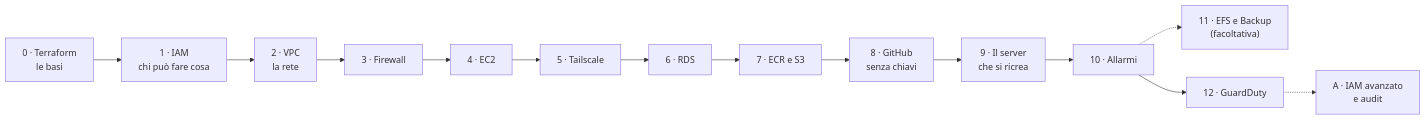
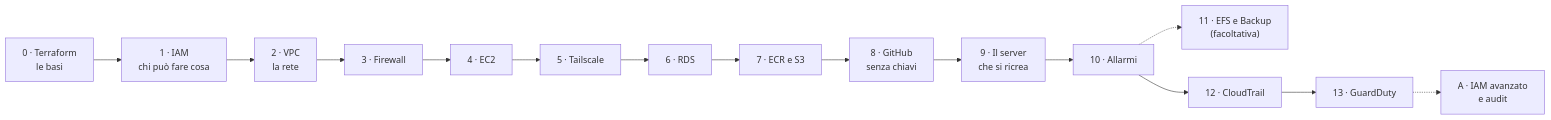
Before and after one commit to cereZ23/aws: the diagram in README.md, drawn with Mermaid. The commit also changed other lines of this file and 9 other files, not shown here.

Commit message:
Lezione 12: CloudTrail, chi ha fatto cosa; GuardDuty diventa la 13; appendice alleggerita

````diff
--- a/README.md
+++ b/README.md
@@ -20,16 +20,17 @@
 ```mermaid
 flowchart LR
     L0["0 · Terraform<br/>le basi"] --> L1["1 · IAM<br/>chi può fare cosa"]
     L1 --> L2["2 · VPC<br/>la rete"]
     L2 --> L3["3 · Firewall"]
     L3 --> L4["4 · EC2"]
     L4 --> L5["5 · Tailscale"]
     L5 --> L6["6 · RDS"]
     L6 --> L7["7 · ECR e S3"]
     L7 --> L8["8 · GitHub<br/>senza chiavi"]
     L8 --> L9["9 · Il server<br/>che si ricrea"]
     L9 --> L10["10 · Allarmi"]
     L10 -.-> L11["11 · EFS e Backup<br/>(facoltativa)"]
-    L10 --> L12["12 · GuardDuty"]
-    L12 -.-> LA["A · IAM avanzato<br/>e audit"]
+    L10 --> L12["12 · CloudTrail"]
+    L12 --> L13["13 · GuardDuty"]
+    L13 -.-> LA["A · IAM avanzato<br/>e audit"]
 ```
````
